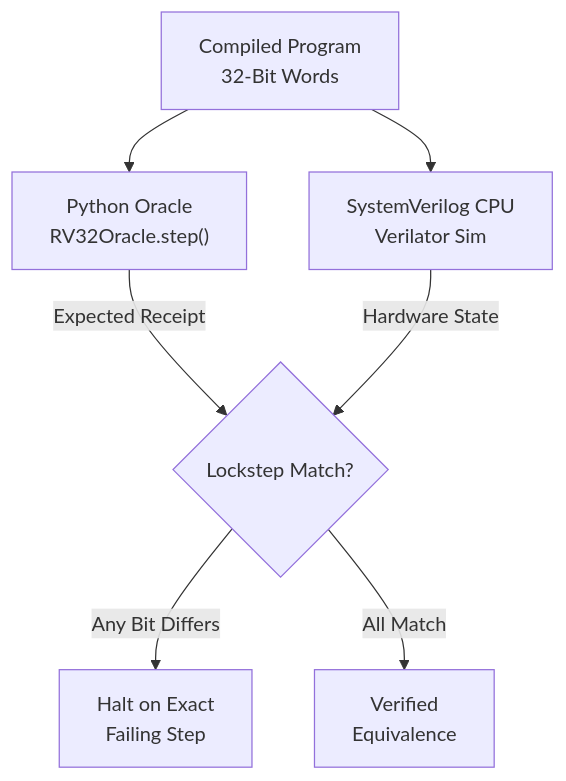
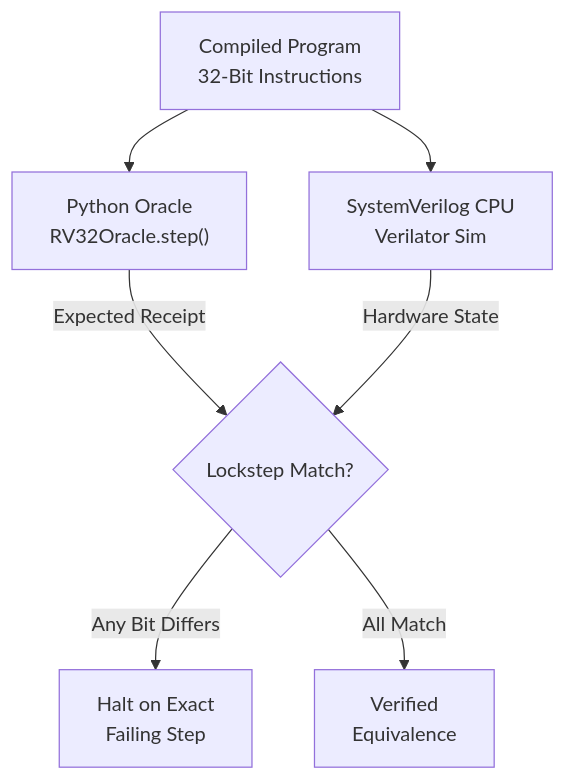
One commit to Ethanex8/apex changed the first of 3 diagrams in systems/brain/chapters/01_isa_and_binary_arithmetic.md. Above: the diagram before and after it, drawn with Mermaid. The commit also changed other lines of this file and 21 other files, not shown here.

````diff
--- a/systems/brain/chapters/01_isa_and_binary_arithmetic.md
+++ b/systems/brain/chapters/01_isa_and_binary_arithmetic.md
@@ -21,10 +21,10 @@
 ```mermaid
 flowchart TD
-    PROG["Compiled Program<br/>32-Bit Words"]
+    PROG["Compiled Program<br/>32-Bit Instructions"]
     PROG --> ORACLE["Python Oracle<br/>RV32Oracle.step()"]
     PROG --> RTL["SystemVerilog CPU<br/>Verilator Sim"]
     ORACLE -->|"Expected Receipt"| CMP{"Lockstep Match?"}
     RTL -->|"Hardware State"| CMP
     CMP -->|"Any Bit Differs"| BUG["Halt on Exact<br/>Failing Step"]
     CMP -->|"All Match"| PASS["Verified<br/>Equivalence"]
 ```
````
